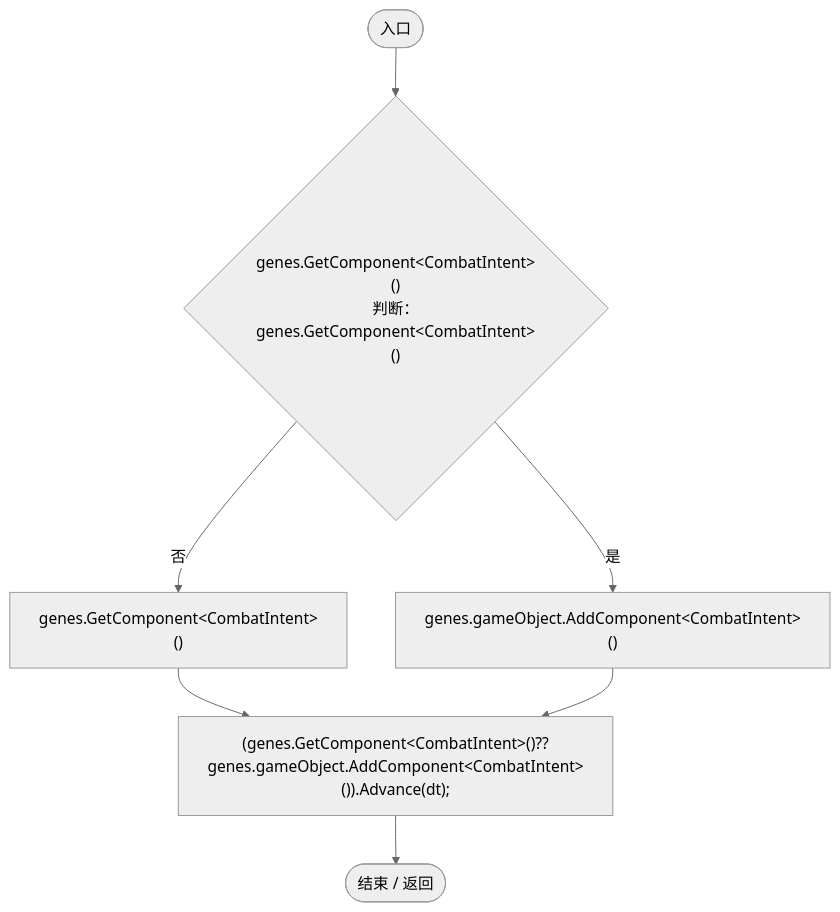
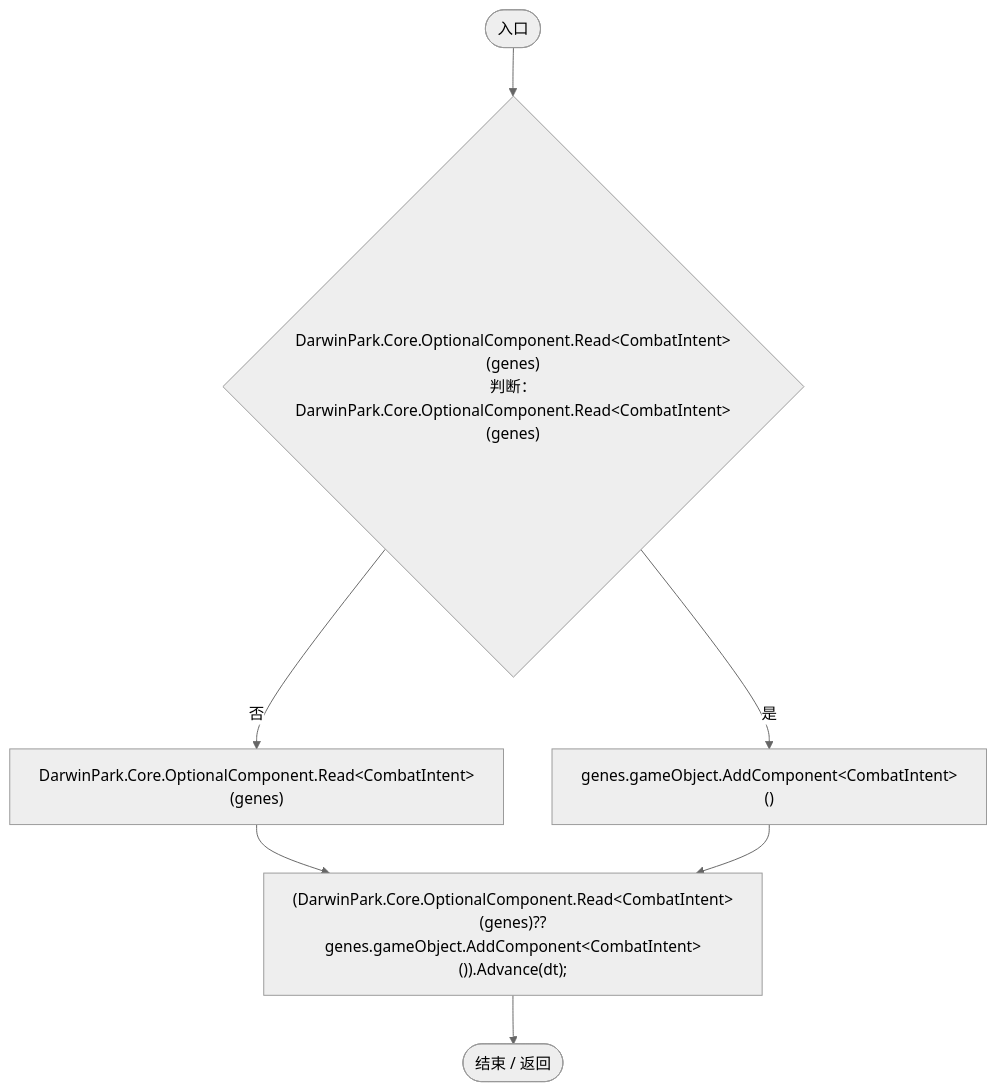
Diagram 13 of 13 in Docs/运行流程图/脚本/34193b994b2c0894.md (xhs6666/Darwin_paradise), drawn with Mermaid (neutral theme) before and after one commit. The commit also changed other lines of this file and 297 other files, not shown here.

````diff
--- a/Docs/运行流程图/脚本/34193b994b2c0894.md
+++ b/Docs/运行流程图/脚本/34193b994b2c0894.md
@@ -366,16 +367,16 @@
 ```mermaid
 flowchart TD
   b0(["入口"])
-  b1{"genes.GetComponent&lt;CombatIntent&gt;()<br/>判断：genes.GetComponent&lt;CombatIntent&gt;()"}
-  b2["genes.GetComponent&lt;CombatIntent&gt;()"]
+  b1{"DarwinPark.Core.OptionalComponent.Read&lt;CombatIntent&gt;(genes)<br/>判断：DarwinPark.Core.OptionalComponent.Read&lt;CombatIntent&gt;(genes)"}
+  b2["DarwinPark.Core.OptionalComponent.Read&lt;CombatIntent&gt;(genes)"]
   b3["genes.gameObject.AddComponent&lt;CombatIntent&gt;()"]
-  b4["(genes.GetComponent&lt;CombatIntent&gt;()??genes.gameObject.AddComponent&lt;CombatIntent&gt;()).Advance(dt);"]
+  b4["(DarwinPark.Core.OptionalComponent.Read&lt;CombatIntent&gt;(genes)??genes.gameObject.AddComponent&lt;CombatIntent&gt;()).Advance(dt);"]
   b5(["结束 / 返回"])
   b0 --> b1
   b1 -->|"否"| b2
   b1 -->|"是"| b3
   b2 --> b4
   b3 --> b4
   b4 --> b5
 
 ```
````
